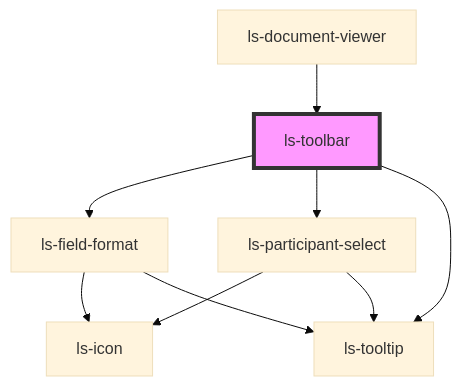
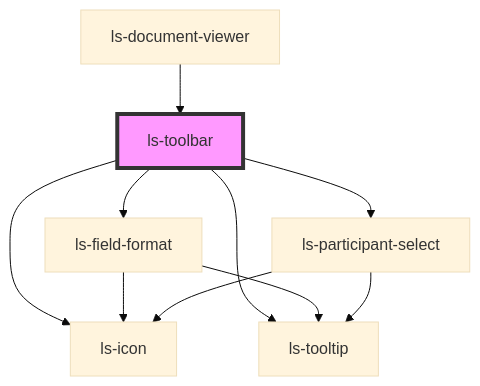
One commit to legalesign/ls-document-viewer changed the diagram in src/components/ls-toolbar/readme.md. Above: the diagram before and after it, drawn with Mermaid (base theme). The commit also changed other lines of this file and 6 other files, not shown here.

````diff
--- a/src/components/ls-toolbar/readme.md
+++ b/src/components/ls-toolbar/readme.md
@@ -41,12 +44,13 @@
 ```mermaid
 graph TD;
   ls-toolbar --> ls-field-format
   ls-toolbar --> ls-participant-select
   ls-toolbar --> ls-tooltip
+  ls-toolbar --> ls-icon
   ls-field-format --> ls-icon
   ls-field-format --> ls-tooltip
   ls-participant-select --> ls-icon
   ls-participant-select --> ls-tooltip
   ls-document-viewer --> ls-toolbar
   style ls-toolbar fill:#f9f,stroke:#333,stroke-width:4px
 ```
````
